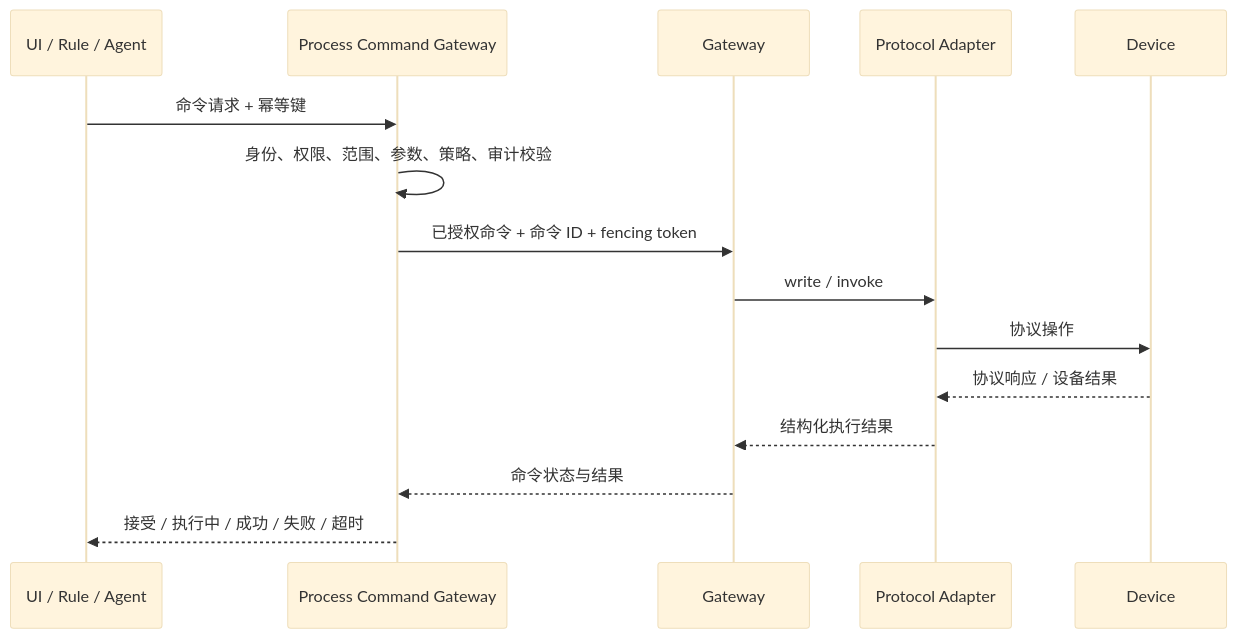
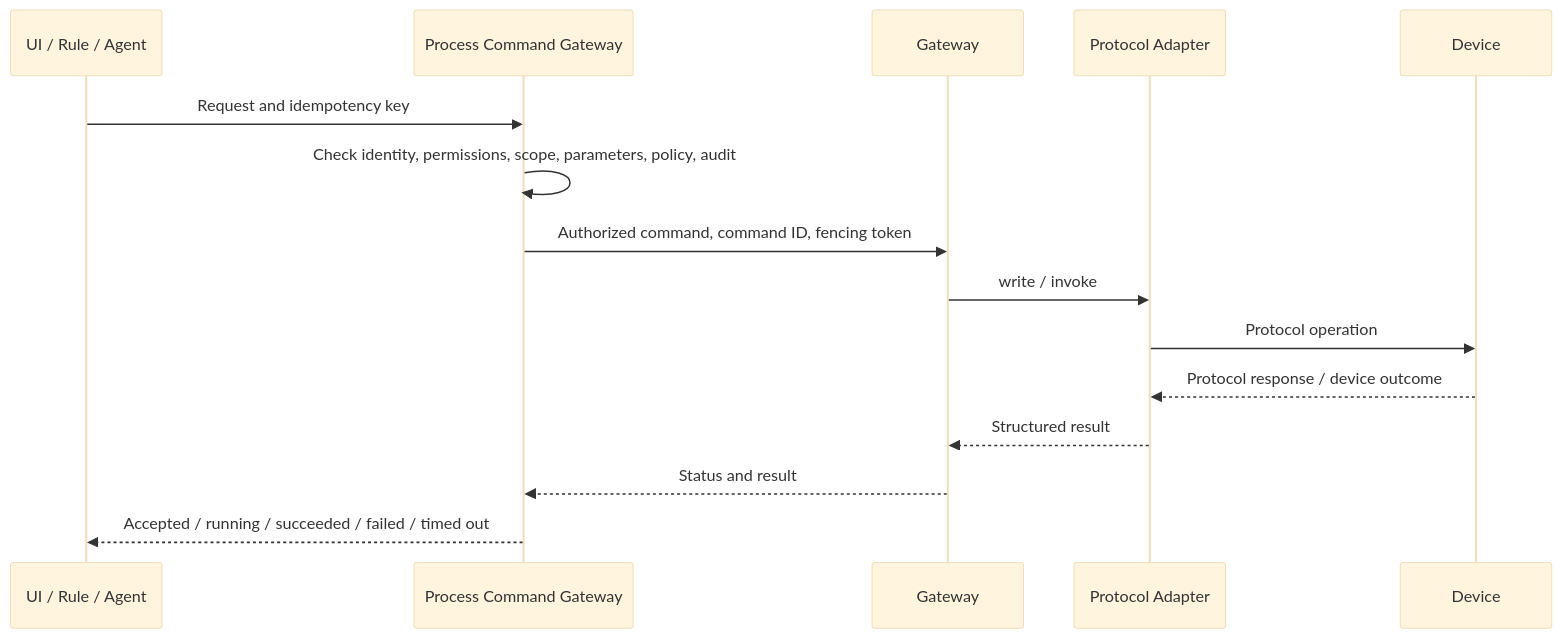
The second of 2 diagrams in docs/architecture/technical-design.md (simulator-bot/industrial-automation-connectors), drawn with Mermaid (base theme) before and after one commit. The commit also changed other lines of this file and 3 other files, not shown here.

````diff
--- a/docs/architecture/technical-design.md
+++ b/docs/architecture/technical-design.md
@@ -272,17 +189,17 @@
 ```mermaid
 sequenceDiagram
     participant Caller as UI / Rule / Agent
     participant P as Process Command Gateway
     participant G as Gateway
     participant A as Protocol Adapter
     participant D as Device
-    Caller->>P: 命令请求 + 幂等键
-    P->>P: 身份、权限、范围、参数、策略、审计校验
-    P->>G: 已授权命令 + 命令 ID + fencing token
+    Caller->>P: Request and idempotency key
+    P->>P: Check identity, permissions, scope, parameters, policy, audit
+    P->>G: Authorized command, command ID, fencing token
     G->>A: write / invoke
-    A->>D: 协议操作
-    D-->>A: 协议响应 / 设备结果
-    A-->>G: 结构化执行结果
-    G-->>P: 命令状态与结果
-    P-->>Caller: 接受 / 执行中 / 成功 / 失败 / 超时
+    A->>D: Protocol operation
+    D-->>A: Protocol response / device outcome
+    A-->>G: Structured result
+    G-->>P: Status and result
+    P-->>Caller: Accepted / running / succeeded / failed / timed out
 ```
````
